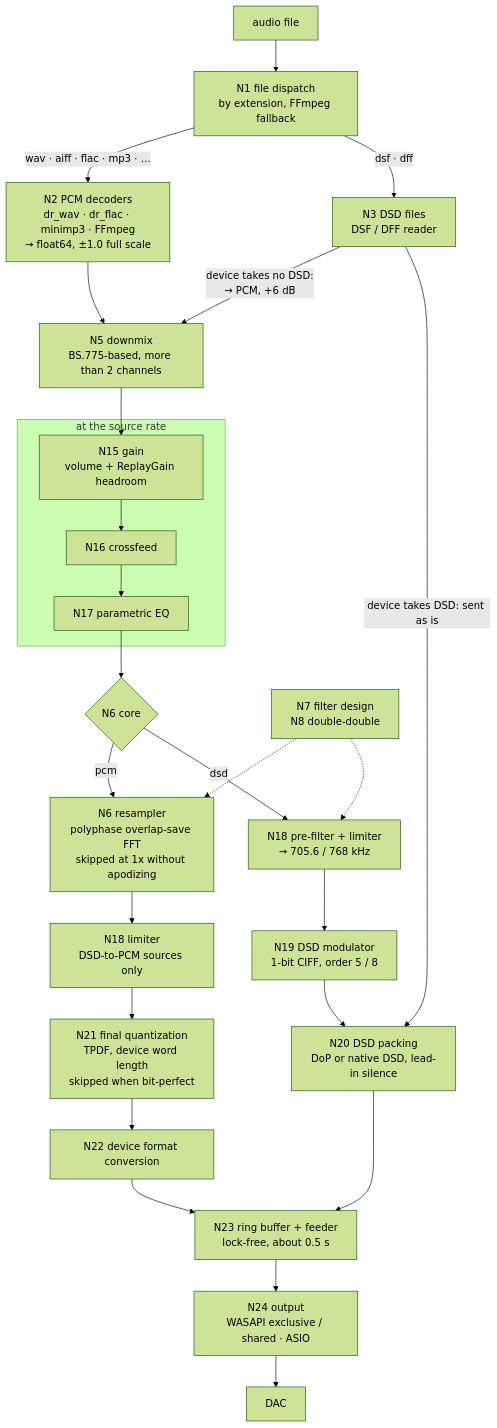
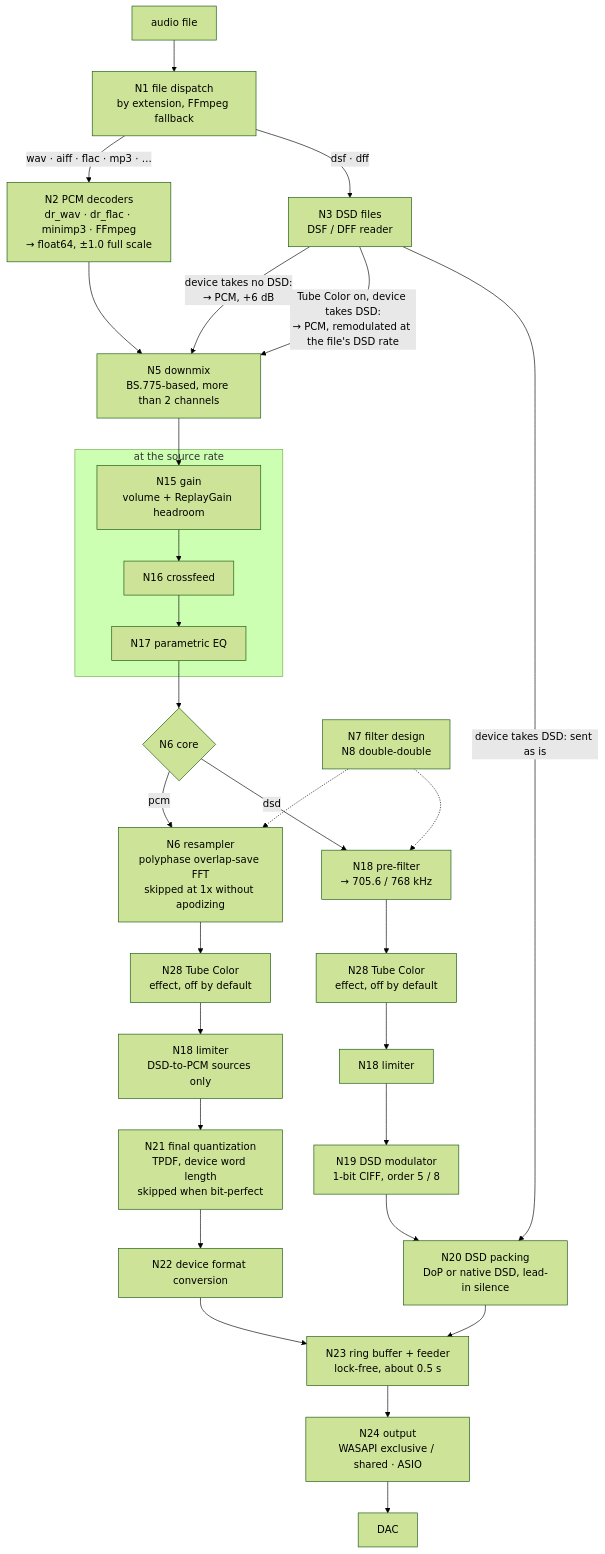
The diagram in README.md (cychang-ykc/Daphne), drawn with Mermaid (forest theme) before and after one commit. The commit also changed other lines of this file and 7 other files, not shown here.

````diff
--- a/README.md
+++ b/README.md
@@ -50,23 +50,24 @@
 ```mermaid
 flowchart TD
     F[audio file] --> N1["N1 file dispatch<br/>by extension, FFmpeg fallback"]
     N1 -->|"wav · aiff · flac · mp3 · …"| N2["N2 PCM decoders<br/>dr_wav · dr_flac · minimp3 · FFmpeg<br/>→ float64, ±1.0 full scale"]
     N1 -->|dsf · dff| N3["N3 DSD files<br/>DSF / DFF reader"]
     N3 -->|"device takes no DSD:<br/>→ PCM, +6 dB"| N5
+    N3 -->|"Tube Color on, device takes DSD:<br/>→ PCM, remodulated at the file's DSD rate"| N5
     N3 -->|device takes DSD: sent as is| N20
     N2 --> N5["N5 downmix<br/>BS.775-based, more than 2 channels"]
     subgraph SR [at the source rate]
         N15["N15 gain<br/>volume + ReplayGain headroom"] --> N16[N16 crossfeed] --> N17[N17 parametric EQ]
     end
     N5 --> N15
     N17 --> N6{"N6 core"}
     N6 -->|pcm| RS["N6 resampler<br/>polyphase overlap-save FFT<br/>skipped at 1x without apodizing"]
-    N6 -->|dsd| PF["N18 pre-filter + limiter<br/>→ 705.6 / 768 kHz"]
+    N6 -->|dsd| PF["N18 pre-filter<br/>→ 705.6 / 768 kHz"]
     D["N7 filter design<br/>N8 double-double"] -.-> RS
     D -.-> PF
-    RS --> LIM["N18 limiter<br/>DSD-to-PCM sources only"] --> N21["N21 final quantization<br/>TPDF, device word length<br/>skipped when bit-perfect"] --> N22["N22 device format conversion"]
-    PF --> N19["N19 DSD modulator<br/>1-bit CIFF, order 5 / 8"] --> N20["N20 DSD packing<br/>DoP or native DSD, lead-in silence"]
+    RS --> TC1["N28 Tube Color<br/>effect, off by default"] --> LIM["N18 limiter<br/>DSD-to-PCM sources only"] --> N21["N21 final quantization<br/>TPDF, device word length<br/>skipped when bit-perfect"] --> N22["N22 device format conversion"]
+    PF --> TC2["N28 Tube Color<br/>effect, off by default"] --> ML["N18 limiter"] --> N19["N19 DSD modulator<br/>1-bit CIFF, order 5 / 8"] --> N20["N20 DSD packing<br/>DoP or native DSD, lead-in silence"]
     N22 --> N23["N23 ring buffer + feeder<br/>lock-free, about 0.5 s"]
     N20 --> N23
     N23 --> N24["N24 output<br/>WASAPI exclusive / shared · ASIO"] --> DAC
 ```
````
